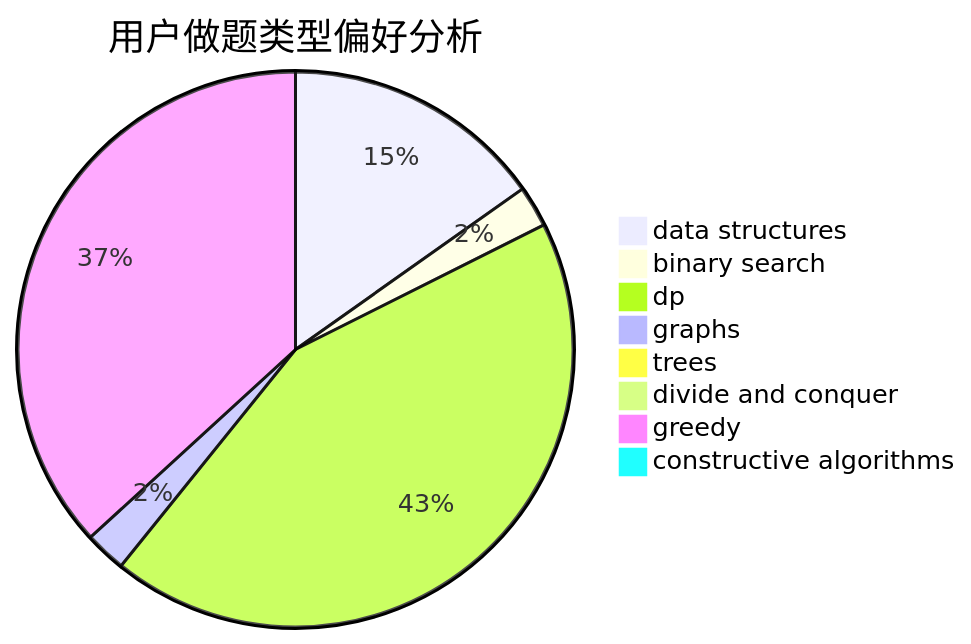
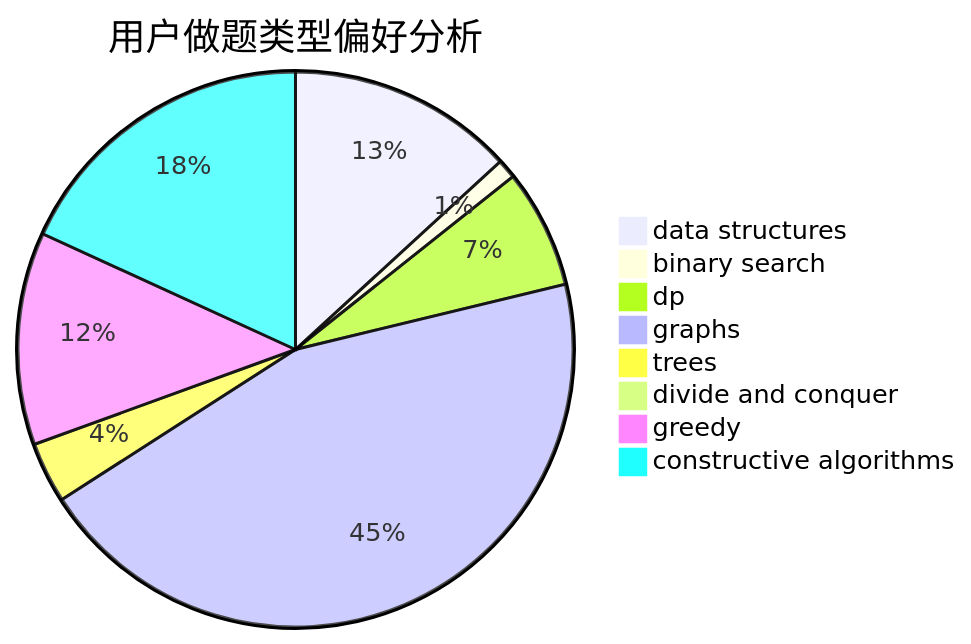
Before and after one commit to sherpahu/cfrs.github.io: the second of 3 diagrams in docs/user/u2499.md, drawn with Mermaid. The commit also changed other lines of this file and 2770 other files, not shown here.

````diff
--- a/docs/user/u2499.md
+++ b/docs/user/u2499.md
@@ -23,11 +23,11 @@
 ```mermaid
 pie title 用户做题类型偏好分析
-    "data structures" :  19
-    "binary search" :  3
-    "dp" :  54
-    "graphs" :  3
-    "trees" :  1
-    "divide and conquer" :  0
-    "greedy" :  46
-    "constructive algorithms" :  0
+    "data structures" :  82
+    "binary search" :  7
+    "dp" :  43
+    "graphs" :  278
+    "trees" :  22
+    "divide and conquer" :  2
+    "greedy" :  77
+    "constructive algorithms" :  113
 ```
````
